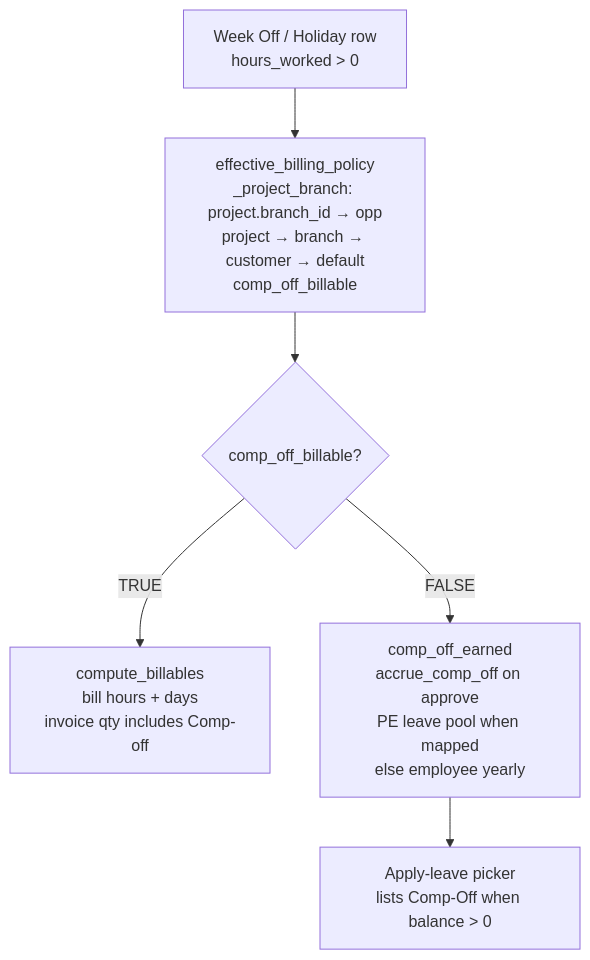
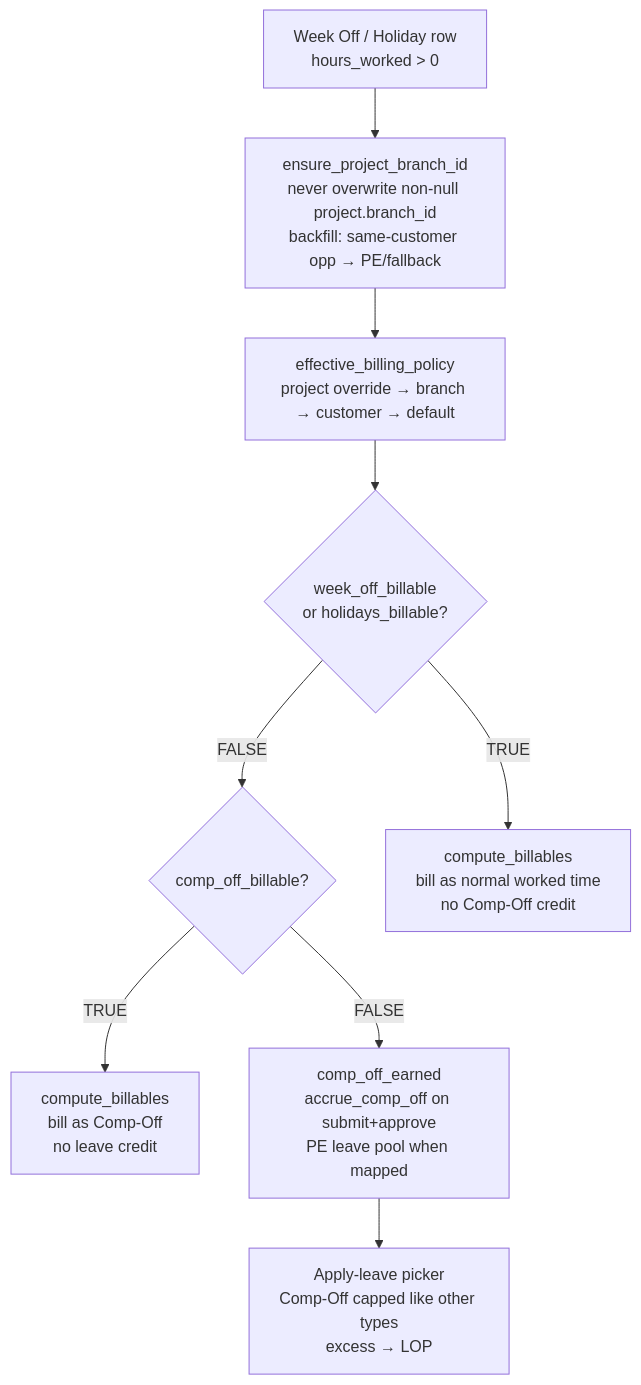
Before and after one commit to pawan-88/CRM-AI-Interview-Backend-B-V2: the eighth of 11 diagrams in docs/architecture/02-module-flow.md, drawn with Mermaid. The commit also changed other lines of this file and 205 other files, not shown here.

First line of the commit message:
Add tax invoice, interview calendar, AI assist, leave timing, and CRM pipeline upgrades.

````diff
--- a/docs/architecture/02-module-flow.md
+++ b/docs/architecture/02-module-flow.md
@@ -285,13 +338,18 @@
 ```mermaid
 flowchart TD
   hours["Week Off / Holiday row<br/>hours_worked &gt; 0"]
-  policy["effective_billing_policy<br/>_project_branch: project.branch_id → opp<br/>project → branch → customer → default<br/>comp_off_billable"]
-  gate{"comp_off_billable?"}
-  bill["compute_billables<br/>bill hours + days<br/>invoice qty includes Comp-off"]
-  credit["comp_off_earned<br/>accrue_comp_off on approve<br/>PE leave pool when mapped<br/>else employee yearly"]
-  apply["Apply-leave picker<br/>lists Comp-Off when balance &gt; 0"]
+  branch["ensure_project_branch_id<br/>never overwrite non-null project.branch_id<br/>backfill: same-customer opp → PE/fallback"]
+  policy["effective_billing_policy<br/>project override → branch → customer → default"]
+  direct{"week_off_billable<br/>or holidays_billable?"}
+  comp{"comp_off_billable?"}
+  billNormal["compute_billables<br/>bill as normal worked time<br/>no Comp-Off credit"]
+  billComp["compute_billables<br/>bill as Comp-Off<br/>no leave credit"]
+  credit["comp_off_earned<br/>accrue_comp_off on submit+approve<br/>PE leave pool when mapped"]
+  apply["Apply-leave picker<br/>Comp-Off capped like other types<br/>excess → LOP"]
 
-  hours --> policy --> gate
-  gate -->|TRUE| bill
-  gate -->|FALSE| credit --> apply
+  hours --> branch --> policy --> direct
+  direct -->|TRUE| billNormal
+  direct -->|FALSE| comp
+  comp -->|TRUE| billComp
+  comp -->|FALSE| credit --> apply
 ```
````
